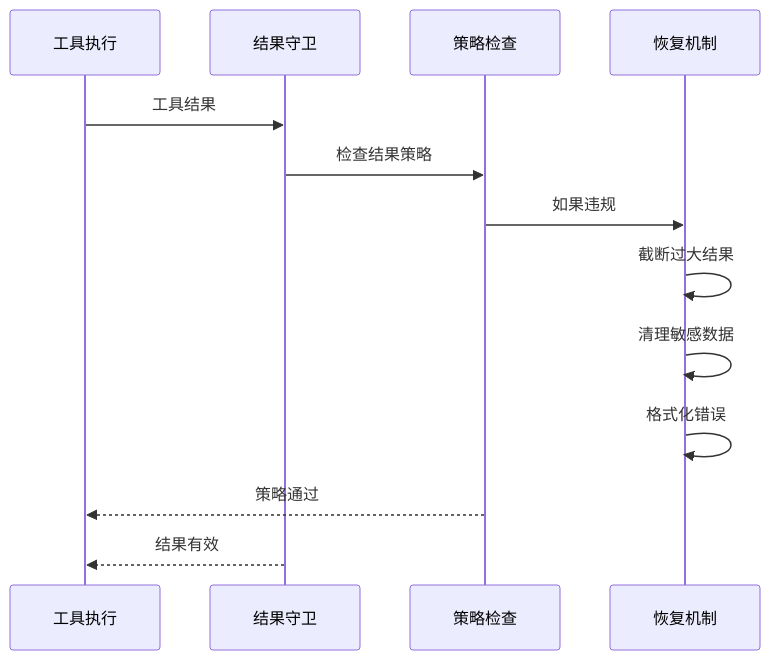
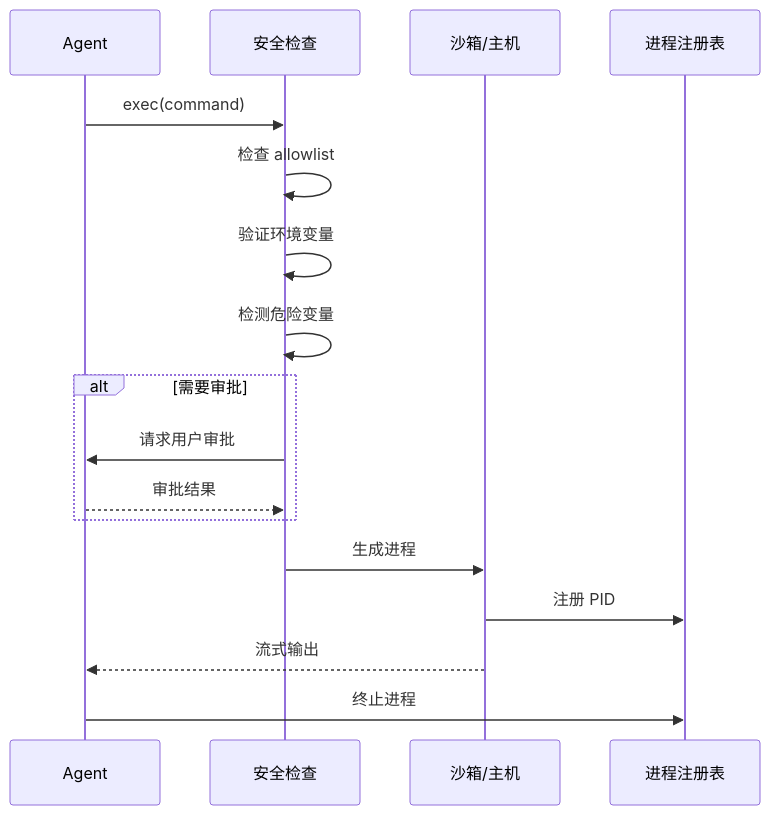
The sixth of 11 diagrams in openclaw/AGENT_RUNTIME.md (caicongyang/bloger), drawn with Mermaid before and after one commit. The commit also changed other lines of this file and 13 other files, not shown here.

````diff
--- a/openclaw/AGENT_RUNTIME.md
+++ b/openclaw/AGENT_RUNTIME.md
@@ -883,18 +289,22 @@
 ```mermaid
 sequenceDiagram
-    participant Tool as 工具执行
-    participant Guard as 结果守卫
-    participant Policy as 策略检查
-    participant Recovery as 恢复机制
+    participant A as Agent
+    participant SEC as 安全检查
+    participant SB as 沙箱/主机
+    participant REG as 进程注册表
 
-    Tool->>Guard: 工具结果
-    Guard->>Policy: 检查结果策略
-    Policy->>Recovery: 如果违规
+    A->>SEC: exec(command)
+    SEC->>SEC: 检查 allowlist
+    SEC->>SEC: 验证环境变量
+    SEC->>SEC: 检测危险变量
     
-    Recovery->>Recovery: 截断过大结果
-    Recovery->>Recovery: 清理敏感数据
-    Recovery->>Recovery: 格式化错误
+    alt 需要审批
+        SEC->>A: 请求用户审批
+        A-->>SEC: 审批结果
+    end
     
-    Policy-->>Tool: 策略通过
-    Guard-->>Tool: 结果有效
+    SEC->>SB: 生成进程
+    SB->>REG: 注册 PID
+    SB-->>A: 流式输出
+    A->>REG: 终止进程
 ```
````
